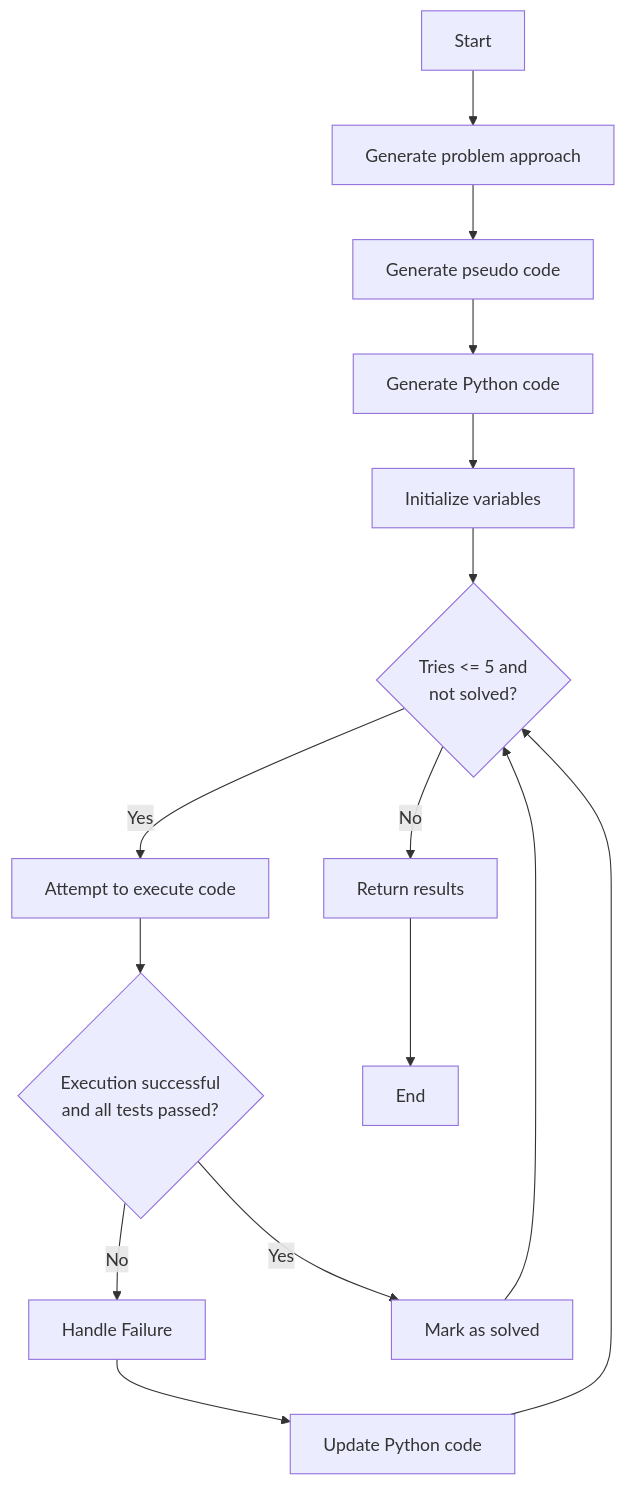
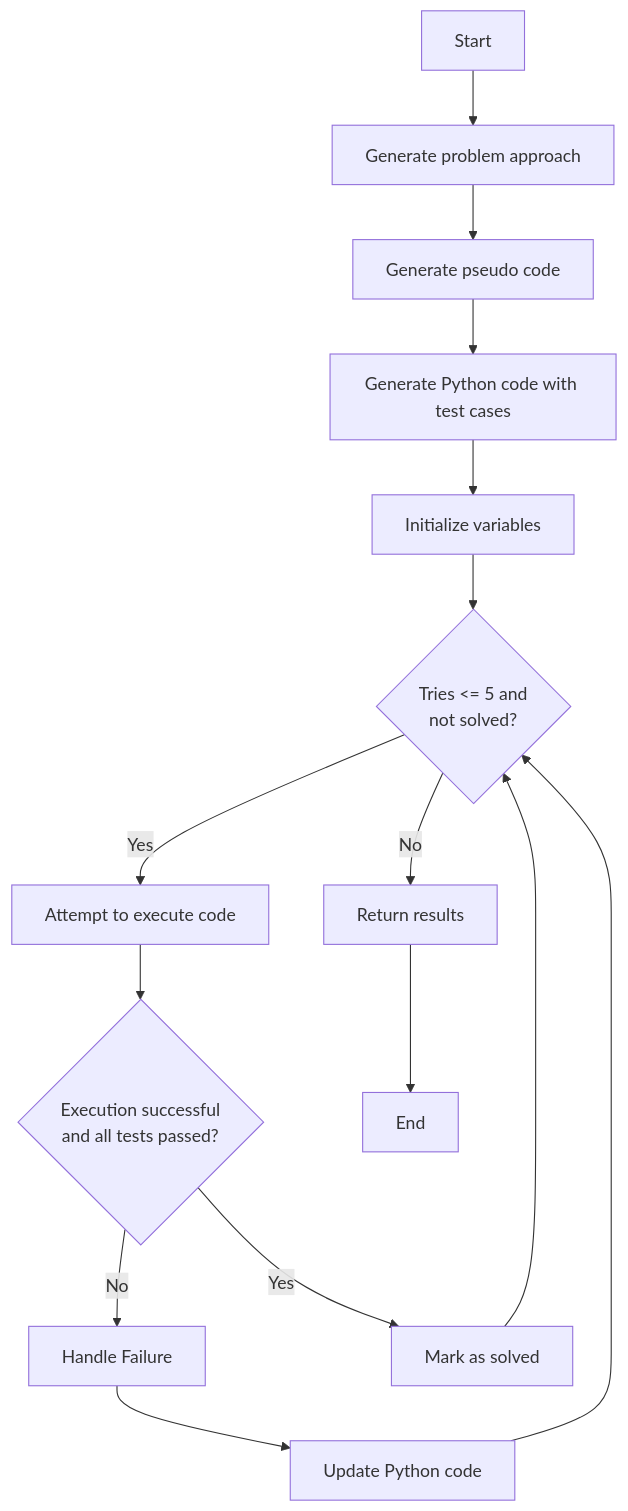
Before and after one commit to parthasarathydNU/LeetCodeSolver: the first of 2 diagrams in README.md, drawn with Mermaid. The commit also changed other lines of this file, not shown here.

````diff
--- a/README.md
+++ b/README.md
@@ -13,20 +13,20 @@
 ```mermaid
 flowchart TD
     A[Start] --> B[Generate problem approach]
     B --> C[Generate pseudo code]
-    C --> D[Generate Python code]
+    C --> D[Generate Python code with test cases]
     D --> E[Initialize variables]
     E --> F{Tries <= 5 and\nnot solved?}
     F -->|Yes| G[Attempt to execute code]
     G --> H{Execution successful\nand all tests passed?}
     H -->|No| I[Handle Failure]
     I --> J[Update Python code]
     J --> F
     H -->|Yes| K[Mark as solved]
     K --> F
     F -->|No| L[Return results]
     L --> M[End]
 
     style F decision
     style H decision
 ```
````
